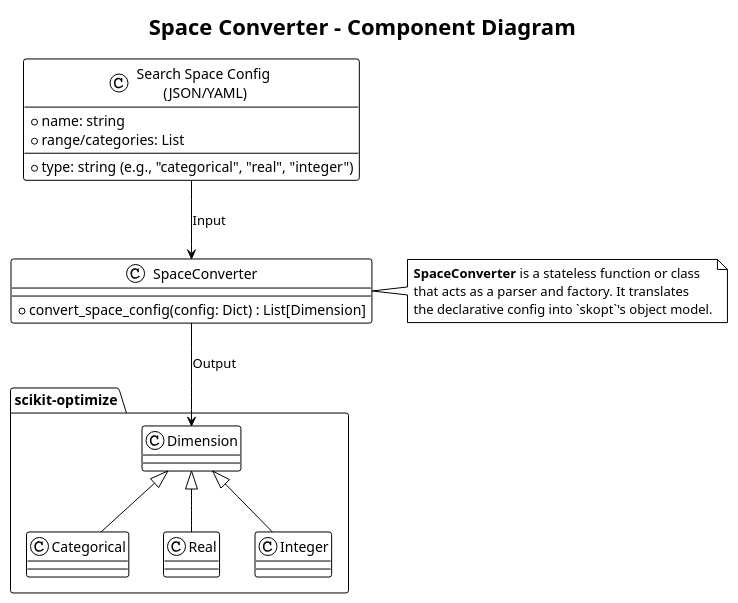
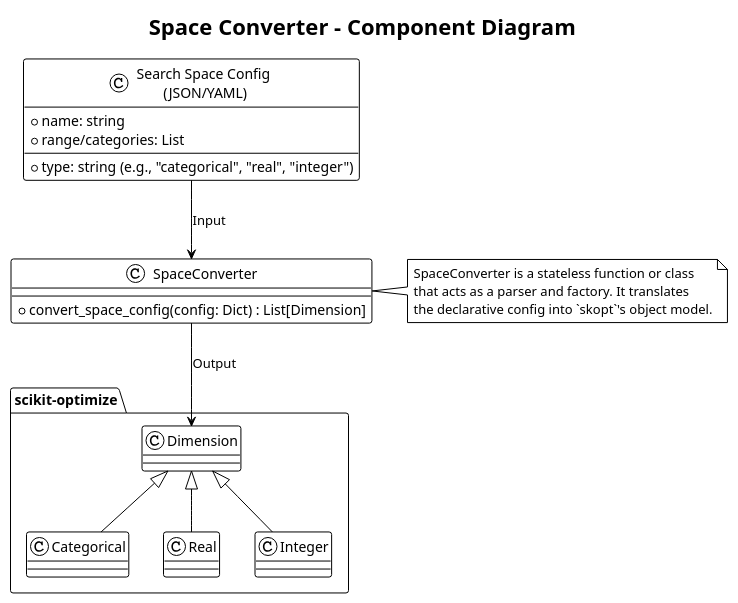
One commit to kalahetun/Minesweeper changed the sixth of 7 diagrams in recommender/docs/design_doc/Design_2_Optimizer Core.md. Above: the diagram before and after it, drawn with PlantUML. The commit also changed other lines of this file and 27 other files, not shown here.

````diff
--- a/recommender/docs/design_doc/Design_2_Optimizer Core.md
+++ b/recommender/docs/design_doc/Design_2_Optimizer Core.md
@@ -409,53 +452,53 @@
 ```plantuml
 @startuml
 !theme plain
 skinparam rectangle {
     BorderColor #3A3A3A
     BackgroundColor #F0F0F0
 }
 skinparam component {
     BorderColor #3A3A3A
     BackgroundColor #AliceBlue
 }
 skinparam artifact {
     BorderColor #3A3A3A
     BackgroundColor #White
 }
 skinparam library {
     BorderColor #3A3A3A
     BackgroundColor #White
 }
 
 title Space Converter - Component Diagram
 
 class "Search Space Config \n(JSON/YAML)" as Config {
   + name: string
   + type: string (e.g., "categorical", "real", "integer")
   + range/categories: List
 }
 
 class "SpaceConverter" as Converter {
   + convert_space_config(config: Dict) : List[Dimension]
 }
 
 package "scikit-optimize" as Skopt {
     class "Dimension" as Dimension
     class "Categorical" as Categorical
     class "Real" as Real
     class "Integer" as Integer
 }
 
 Dimension <|-- Categorical
 Dimension <|-- Real
 Dimension <|-- Integer
 
 Config --> Converter: Input
 Converter --> Dimension: Output
 
 note right of Converter
-  **SpaceConverter** is a stateless function or class
+  SpaceConverter is a stateless function or class
   that acts as a parser and factory. It translates
   the declarative config into `skopt`'s object model.
 end note
 @enduml
 ```
````
